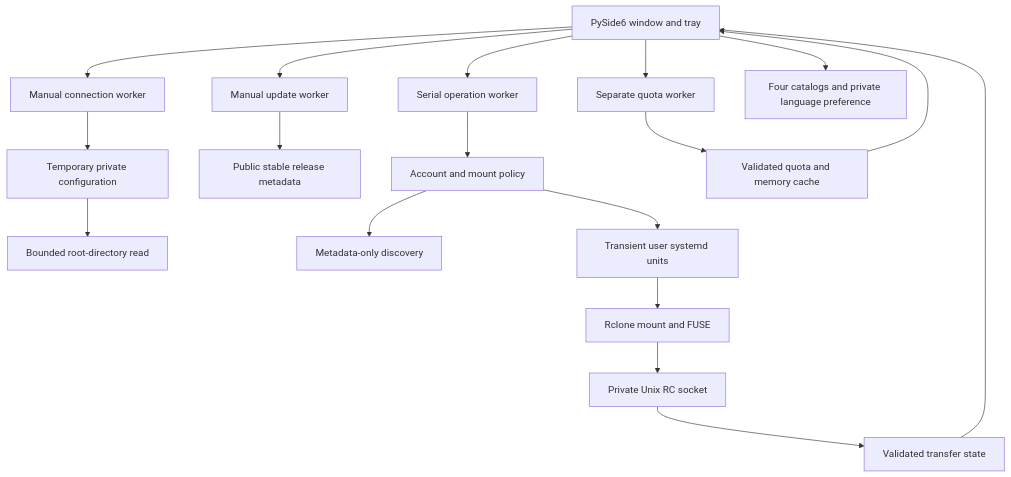
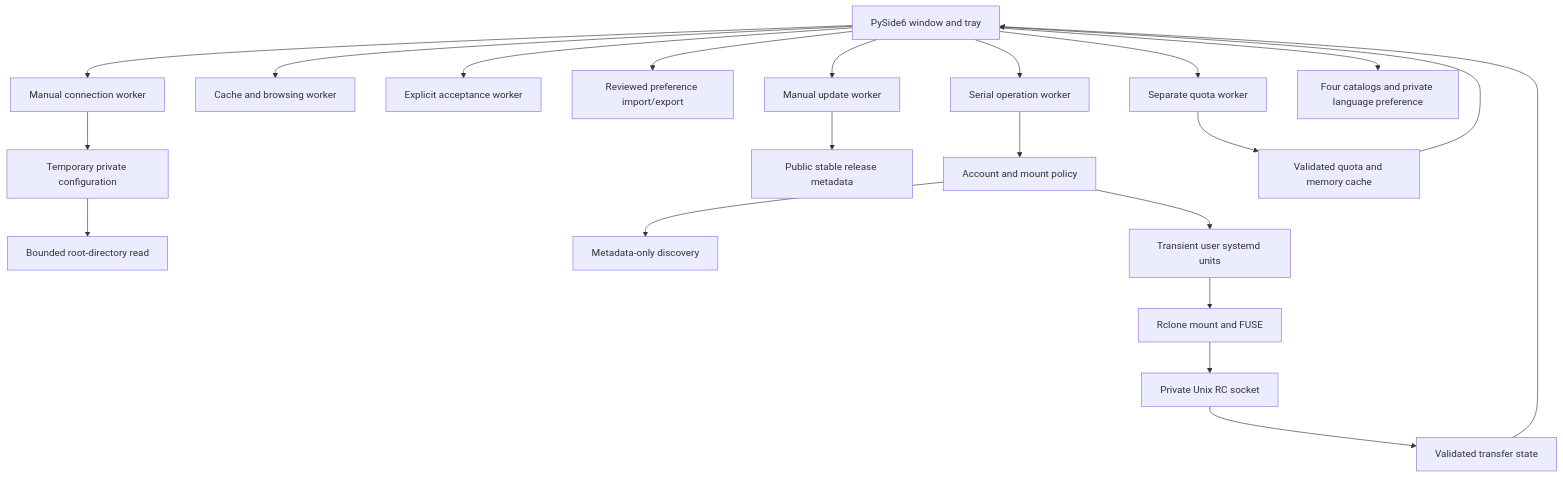
The diagram in docs/architecture.md (isoslinux/drivemanager), drawn with Mermaid before and after one commit. The commit also changed other lines of this file and 18 other files, not shown here.

Commit message:
Release 1.19.0: validation, browsing diagnostics and portable settings

````diff
--- a/docs/architecture.md
+++ b/docs/architecture.md
@@ -5,20 +5,23 @@
 ```mermaid
 flowchart TD
     UI[PySide6 window and tray] --> Operations[Serial operation worker]
+    UI --> Health[Cache and browsing worker]
+    UI --> Validation[Explicit acceptance worker]
+    UI --> Portable[Reviewed preference import/export]
     UI --> Quota[Separate quota worker]
     UI --> Connectivity[Manual connection worker]
     Connectivity --> Snapshot[Temporary private configuration]
     Snapshot --> RootRead[Bounded root-directory read]
     UI --> Updates[Manual update worker]
     Updates --> GitHub[Public stable release metadata]
     Operations --> Manager[Account and mount policy]
     Manager --> Discovery[Metadata-only discovery]
     Manager --> Systemd[Transient user systemd units]
     Systemd --> Rclone[Rclone mount and FUSE]
     Rclone --> RC[Private Unix RC socket]
     RC --> Transfers[Validated transfer state]
     Transfers --> UI
     Quota --> Capacity[Validated quota and memory cache]
     Capacity --> UI
     UI --> Languages[Four catalogs and private language preference]
 ```
````
